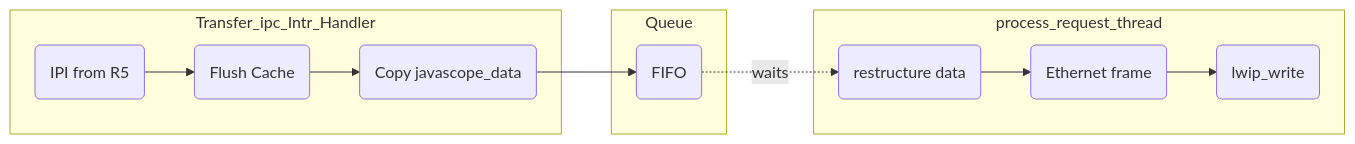
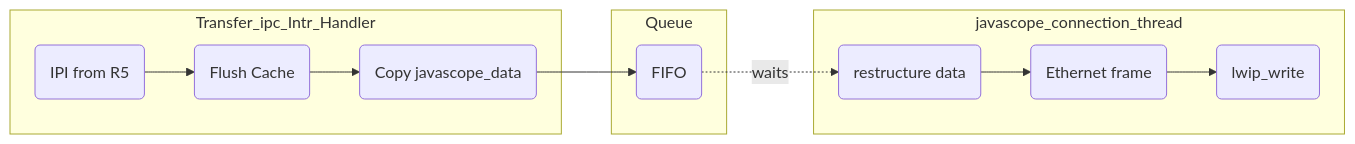
Before and after one commit to ultrazohm/ultrazohm_sw: the diagram in docs/source/guide/apu_software/datamover_a53.rst, drawn with Mermaid. The commit also changed 3 other files, not shown here.

```diff
--- a/docs/source/guide/apu_software/datamover_a53.rst
+++ b/docs/source/guide/apu_software/datamover_a53.rst
@@ -10,18 +10,18 @@
 .. mermaid::
     :align: center
     :caption: Signal flow of data mover
 
     graph LR
       subgraph Transfer_ipc_Intr_Handler
           E(IPI from R5)
           E-->F(Flush Cache)
           F-->G(Copy javascope_data)
       end 
       subgraph Queue
           G-->H
           H(FIFO)
       end
-      subgraph process_request_thread
+      subgraph javascope_connection_thread
           H-.waits.->K(restructure data)-->L(Ethernet frame)
           L-->M(lwip_write)
       end
```
